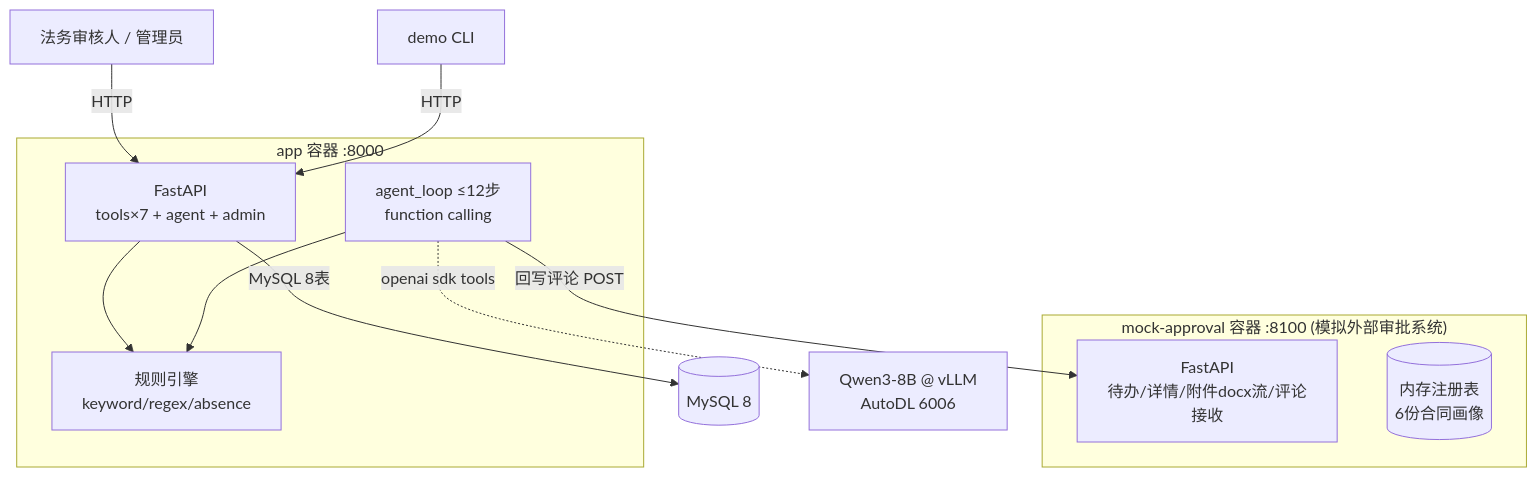
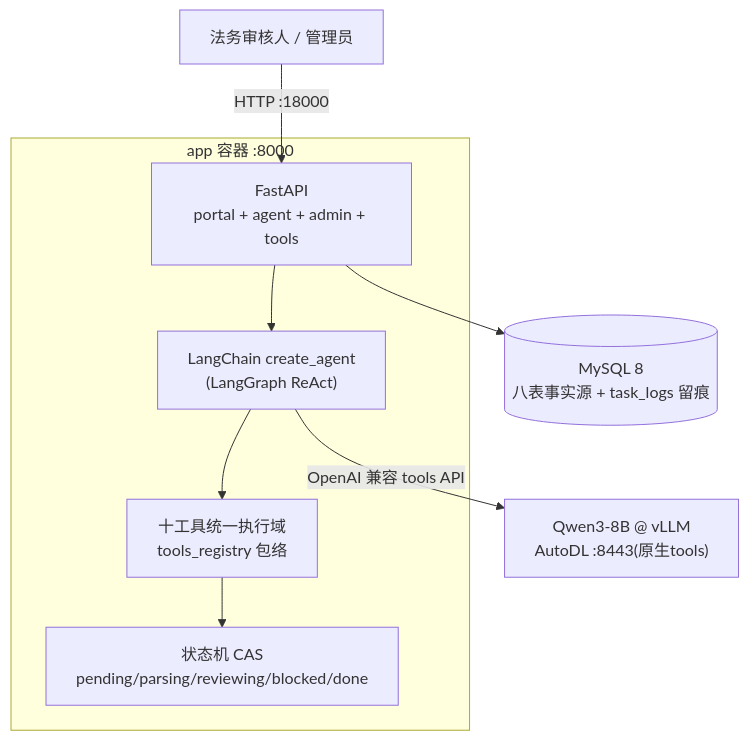
One commit to nobodycare-no/contract-review-agent changed the diagram in docs/sad/SAD.md. Above: the diagram before and after it, drawn with Mermaid. The commit also changed other lines of this file and 13 other files, not shown here.

````diff
--- a/docs/sad/SAD.md
+++ b/docs/sad/SAD.md
@@ -15,22 +13,19 @@
 ```mermaid
 graph TB
-    U["法务审核人 / 管理员"] -->|HTTP| APP
-    CLI["demo CLI"] -->|HTTP| APP
+    U["法务审核人 / 管理员"] -->|HTTP :18000| APP
 
     subgraph APPSVC ["app 容器 :8000"]
-        APP["FastAPI<br/>tools×7 + agent + admin"]
-        RE["规则引擎<br/>keyword/regex/absence"]
-        AG["agent_loop ≤12步<br/>function calling"]
-        APP --> RE
-        AG --> RE
+        APP["FastAPI<br/>portal + agent + admin + tools"]
+        LC["LangChain create_agent<br/>(LangGraph ReAct)"]
+        TR["十工具统一执行域<br/>tools_registry 包络"]
+        SM["状态机 CAS<br/>pending/parsing/reviewing/blocked/done"]
+        APP --> LC
+        LC --> TR
+        TR --> SM
     end
 
-    subgraph MOCKSVC ["mock-approval 容器 :8100 (模拟外部审批系统)"]
-        MK["FastAPI<br/>待办/详情/附件docx流/评论接收"]
-        DATA[("内存注册表<br/>6份合同画像")]
-    end
-
-    APP -->|"MySQL 8表"| DB[("MySQL 8")]
-    AG -.->|"openai sdk tools"| Q["Qwen3-8B @ vLLM<br/>AutoDL 6006"]
-    AG -->|"回写评论 POST"| MK
+    DB[("MySQL 8<br/>八表事实源 + task_logs 留痕")]
+    Q["Qwen3-8B @ vLLM<br/>AutoDL :8443(原生tools)"]
+    APP --> DB
+    LC -->|"OpenAI 兼容 tools API"| Q
 ```
````
